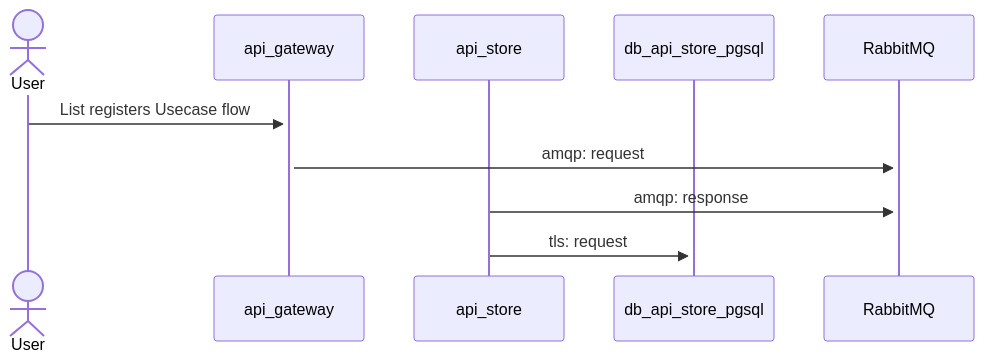
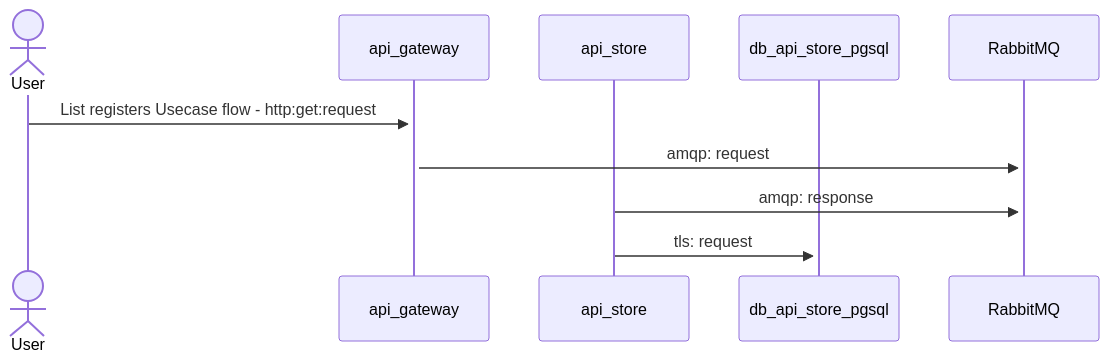
Before and after one commit to cristiano182/node.js-grpc-rabbitmq: the second of 2 diagrams in README.md, drawn with Mermaid. The commit also changed other lines of this file, not shown here.

````diff
--- a/README.md
+++ b/README.md
@@ -19,13 +19,13 @@
 ```mermaid
 sequenceDiagram
     actor User
     participant api_gateway
     participant api_store
     participant db_api_store_pgsql
     participant RabbitMQ
 
-    User  ->>+ api_gateway: List registers Usecase flow
+    User  ->>+ api_gateway: List registers Usecase flow - http:get:request
     api_gateway     ->>+ RabbitMQ:     amqp: request
     api_store     ->>+ RabbitMQ:      amqp: response
     api_store      ->>+ db_api_store_pgsql: tls: request
 ```
````
